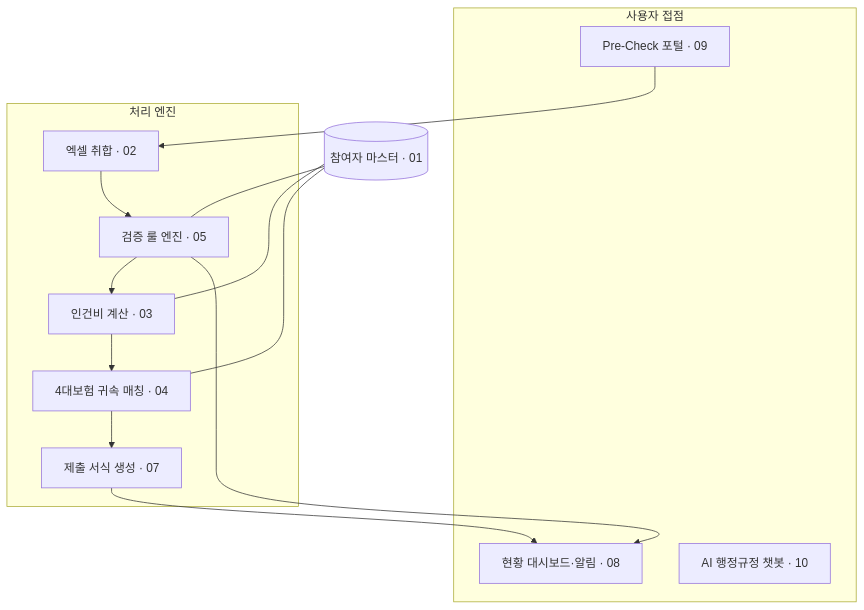
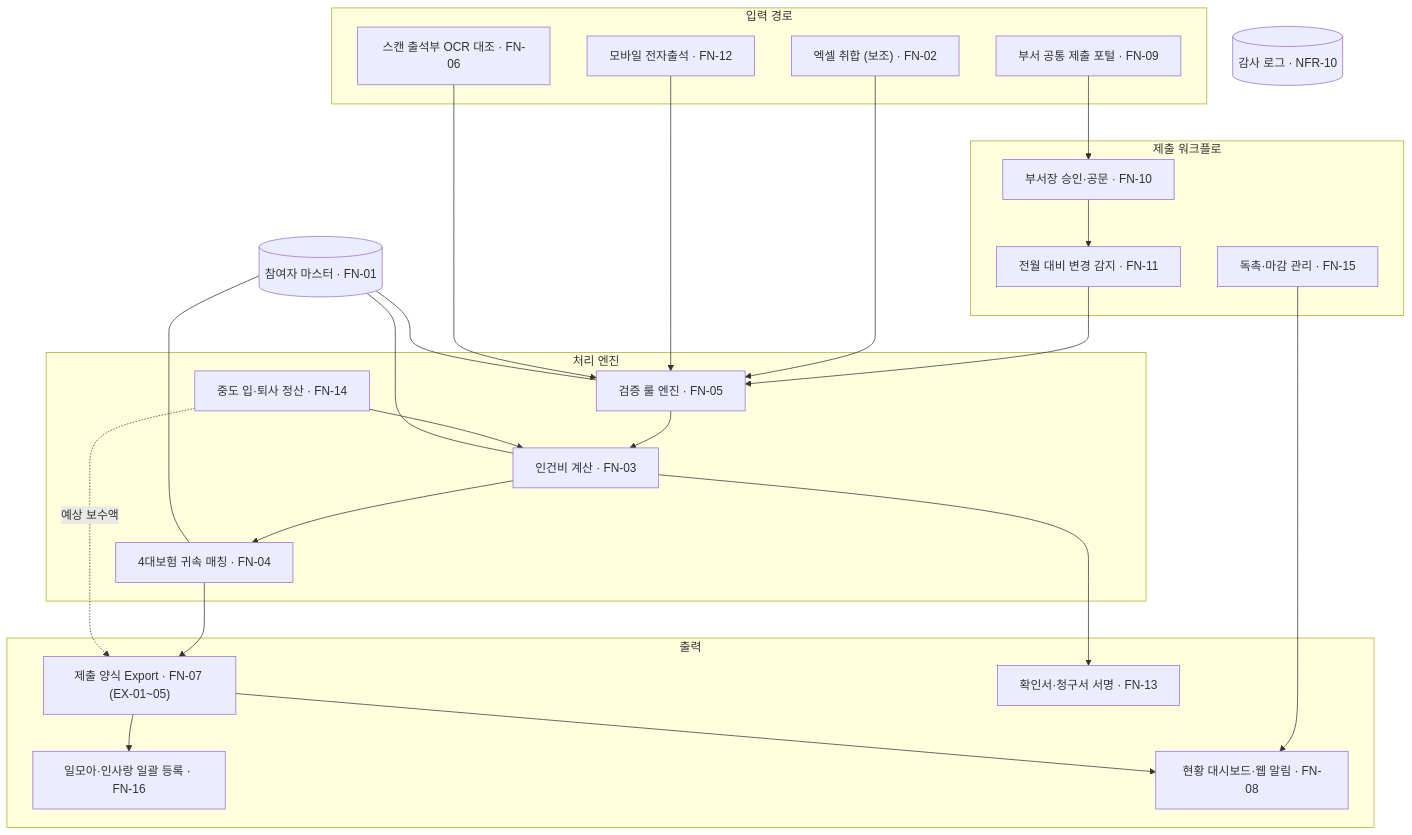
The second of 15 diagrams in docs/ARCHITECTURE.md (YC-CapstoneDesign-5/.github), drawn with Mermaid before and after one commit. The commit also changed other lines of this file and 7 other files, not shown here.

````diff
--- a/docs/ARCHITECTURE.md
+++ b/docs/ARCHITECTURE.md
@@ -81,23 +92,42 @@
 ```mermaid
 flowchart TB
-    subgraph UI["사용자 접점"]
-        PRE["Pre-Check 포털 · 09"]
-        DASH["현황 대시보드·알림 · 08"]
-        BOT["AI 행정규정 챗봇 · 10"]
+    subgraph IN["입력 경로"]
+        POR["부서 공통 제출 포털 · FN-09"]
+        ATT["모바일 전자출석 · FN-12"]
+        XL["엑셀 취합 (보조) · FN-02"]
+        OCR["스캔 출석부 OCR 대조 · FN-06"]
+    end
+    subgraph WF["제출 워크플로"]
+        APR["부서장 승인·공문 · FN-10"]
+        DIFF["전월 대비 변경 감지 · FN-11"]
+        DL["독촉·마감 관리 · FN-15"]
     end
     subgraph ENG["처리 엔진"]
-        ING["엑셀 취합 · 02"]
-        VAL["검증 룰 엔진 · 05"]
-        PAY["인건비 계산 · 03"]
-        INS["4대보험 귀속 매칭 · 04"]
-        DOC["제출 서식 생성 · 07"]
+        VAL["검증 룰 엔진 · FN-05"]
+        PAY["인건비 계산 · FN-03"]
+        MID["중도 입·퇴사 정산 · FN-14"]
+        INS["4대보험 귀속 매칭 · FN-04"]
     end
-    MASTER[("참여자 마스터 · 01")]
+    subgraph OUT["출력"]
+        EXP["제출 양식 Export · FN-07 (EX-01~05)"]
+        ILM["일모아·인사랑 일괄 등록 · FN-16"]
+        SIG["확인서·청구서 서명 · FN-13"]
+        DASH["현황 대시보드·웹 알림 · FN-08"]
+    end
+    MASTER[("참여자 마스터 · FN-01")]
+    AUD[("감사 로그 · NFR-10")]
 
-    PRE --> ING
-    ING --> VAL
-    VAL --> PAY --> INS --> DOC
+    POR --> APR --> DIFF --> VAL
+    XL --> VAL
+    ATT --> VAL
+    OCR --> VAL
+    VAL --> PAY
+    MID --> PAY
+    PAY --> INS --> EXP
+    MID -. 예상 보수액 .-> EXP
+    PAY --> SIG
+    EXP --> ILM
     MASTER --- VAL & PAY & INS
-    DOC --> DASH
-    VAL --> DASH
+    DL --> DASH
+    EXP --> DASH
 ```
````
